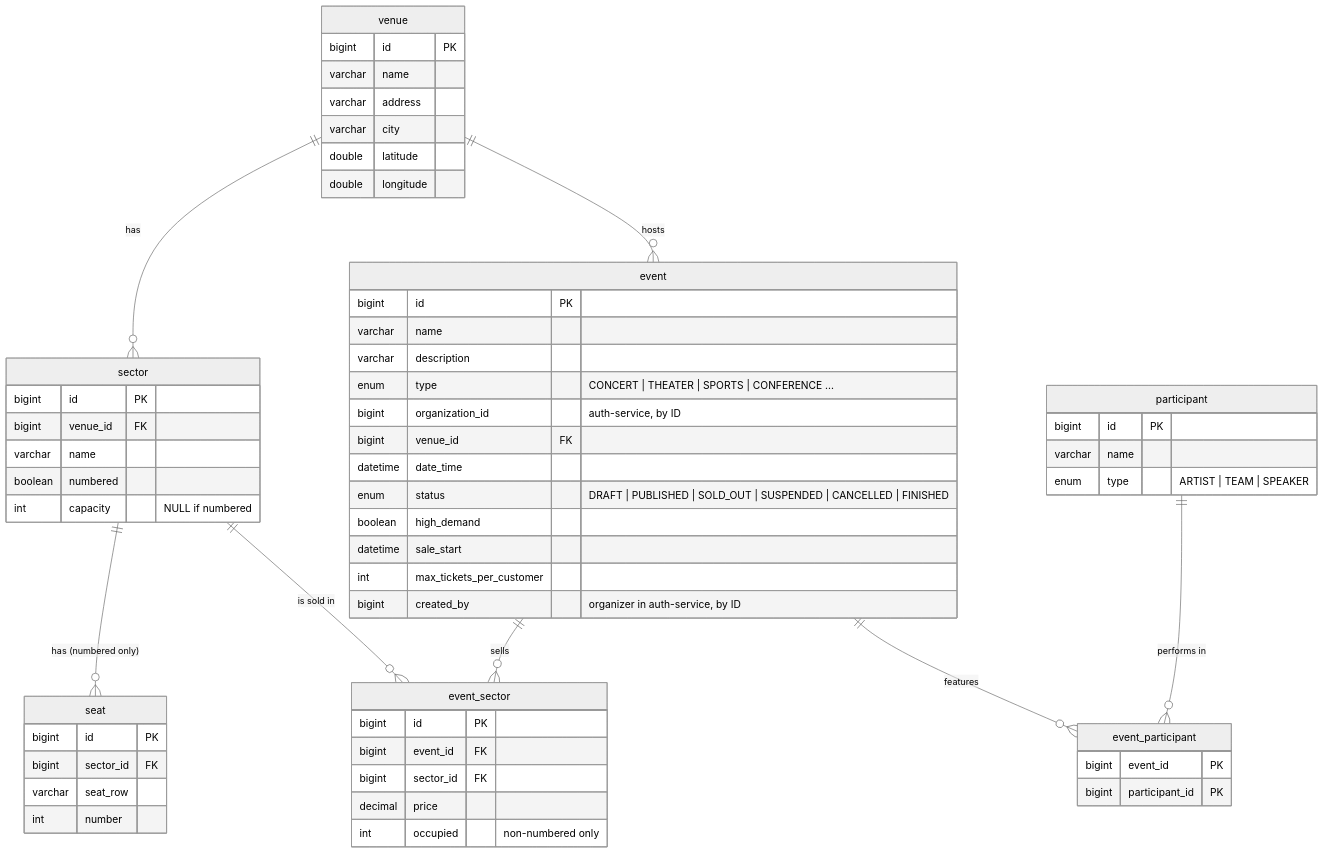
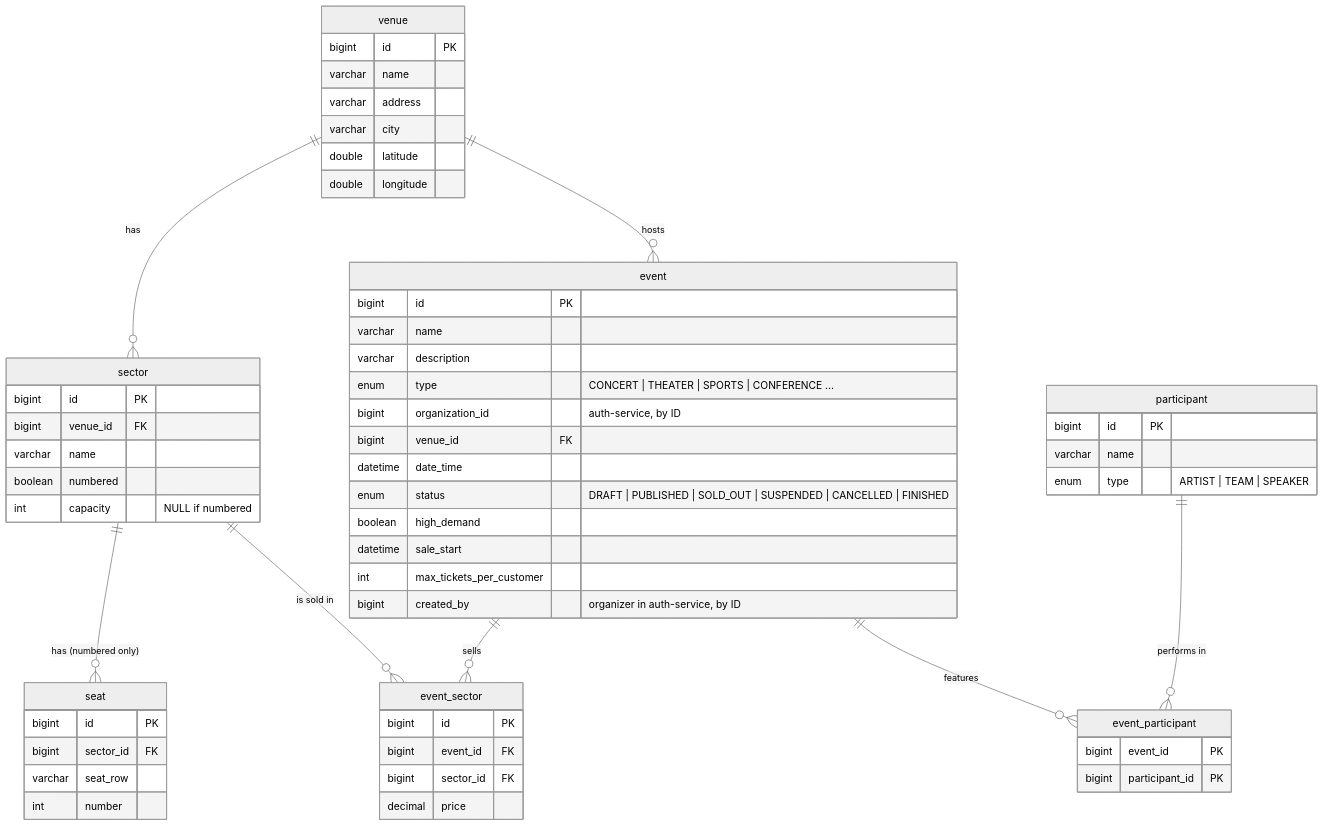
The diagram in docs/architecture/event-service.md (joaquinblock/TicketYa), drawn with Mermaid (neutral theme) before and after one commit. The commit also changed other lines of this file and 2 other files, not shown here.

First line of the commit message:
refactor: move non-numbered availability out of event sector

````diff
--- a/docs/architecture/event-service.md
+++ b/docs/architecture/event-service.md
@@ -7,62 +7,61 @@
 ```mermaid
 erDiagram
     venue ||--o{ sector : "has"
     sector ||--o{ seat : "has (numbered only)"
     venue ||--o{ event : "hosts"
     event ||--o{ event_sector : "sells"
     sector ||--o{ event_sector : "is sold in"
     event ||--o{ event_participant : "features"
     participant ||--o{ event_participant : "performs in"
 
     venue {
         bigint id PK
         varchar name
         varchar address
         varchar city
         double latitude
         double longitude
     }
     sector {
         bigint id PK
         bigint venue_id FK
         varchar name
         boolean numbered
         int capacity "NULL if numbered"
     }
     seat {
         bigint id PK
         bigint sector_id FK
         varchar seat_row
         int number
     }
     event {
         bigint id PK
         varchar name
         varchar description
         enum type "CONCERT | THEATER | SPORTS | CONFERENCE ..."
         bigint organization_id "auth-service, by ID"
         bigint venue_id FK
         datetime date_time
         enum status "DRAFT | PUBLISHED | SOLD_OUT | SUSPENDED | CANCELLED | FINISHED"
         boolean high_demand
         datetime sale_start
         int max_tickets_per_customer
         bigint created_by "organizer in auth-service, by ID"
     }
     participant {
         bigint id PK
         varchar name
         enum type "ARTIST | TEAM | SPEAKER"
     }
     event_participant {
         bigint event_id PK
         bigint participant_id PK
     }
     event_sector {
         bigint id PK
         bigint event_id FK
         bigint sector_id FK
         decimal price
-        int occupied "non-numbered only"
     }
 ```
````
